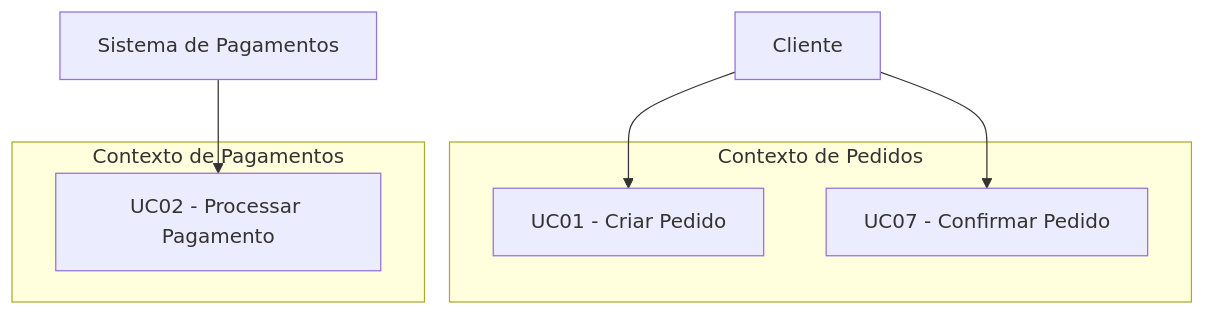
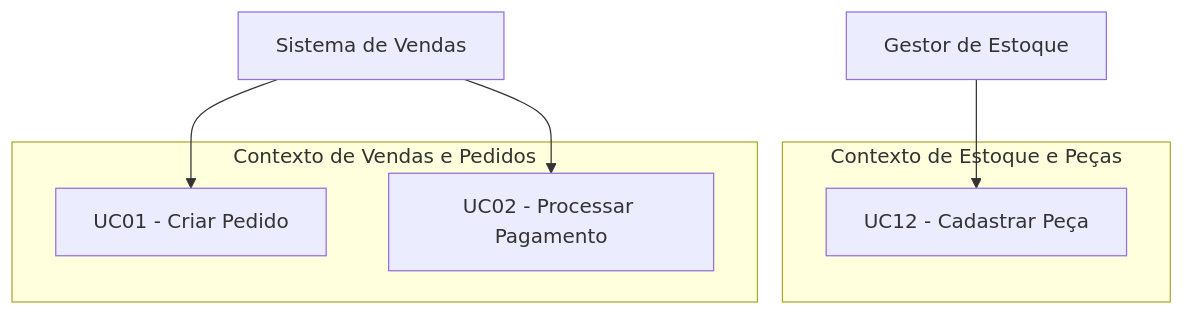
Before and after one commit to peaga21/AutoFlow: the first of 4 diagrams in blueprint_autoflow.md, drawn with Mermaid. The commit also changed other lines of this file and 16 other files, not shown here.

````diff
--- a/blueprint_autoflow.md
+++ b/blueprint_autoflow.md
@@ -55,22 +59,22 @@
 ```mermaid
 flowchart TB
-    A1[Cliente]
-    A2[Sistema de Pagamentos]
+    A1[Gestor de Estoque]
+    A2[Sistema de Vendas]
 
     UC01[UC01 - Criar Pedido]
     UC02[UC02 - Processar Pagamento]
-    UC07[UC07 - Confirmar Pedido]
+    UC12[UC12 - Cadastrar Peça]
 
-    A1 --> UC01
+    A1 --> UC12
+    A2 --> UC01
     A2 --> UC02
-    A1 --> UC07
 
-    subgraph Contexto_Orders [Contexto de Pedidos]
-        UC01
-        UC07
+    subgraph Contexto_Inventory [Contexto de Estoque e Peças]
+        UC12
     end
 
-    subgraph Contexto_Payments [Contexto de Pagamentos]
+    subgraph Contexto_Sales [Contexto de Vendas e Pedidos]
+        UC01
         UC02
     end
 ```
````
